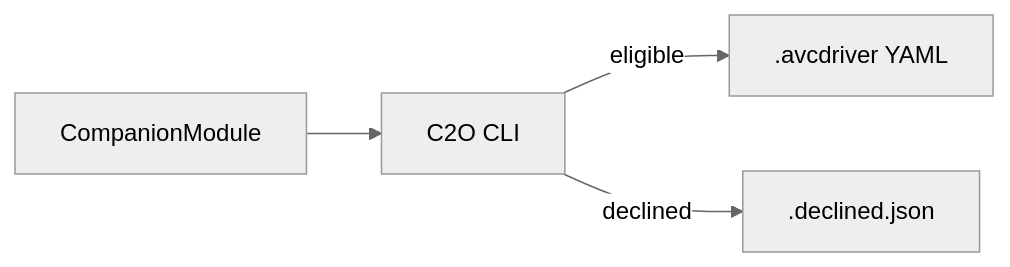
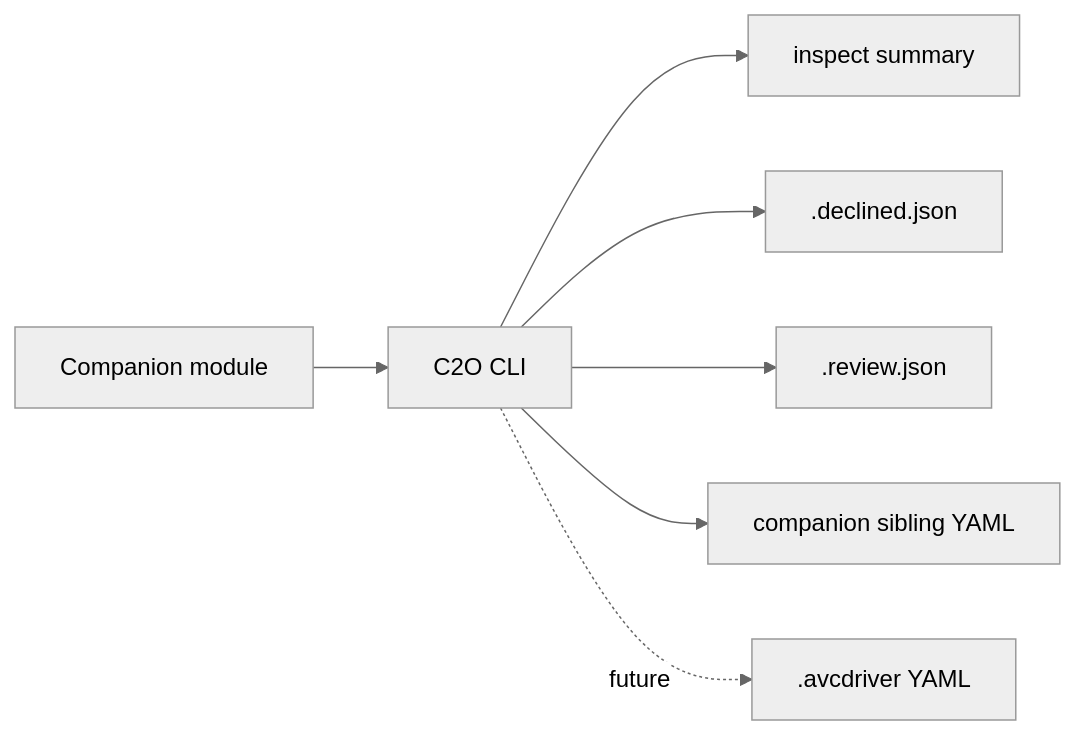
The diagram in README.md (Capp3/companion-2-openavc), drawn with Mermaid (neutral theme) before and after one commit. The commit also changed other lines of this file and 25 other files, not shown here.

````diff
--- a/README.md
+++ b/README.md
@@ -28,6 +32,9 @@
 ```mermaid
 flowchart LR
-  companionModule[CompanionModule] --> c2o[C2O CLI]
-  c2o -->|eligible| avc[".avcdriver YAML"]
-  c2o -->|declined| decline[".declined.json"]
+  companion[Companion module] --> c2o[C2O CLI]
+  c2o --> inspect[inspect summary]
+  c2o --> declined[.declined.json]
+  c2o --> review[.review.json]
+  c2o --> siblings[companion sibling YAML]
+  c2o -. future .-> driver[.avcdriver YAML]
 ```
````
